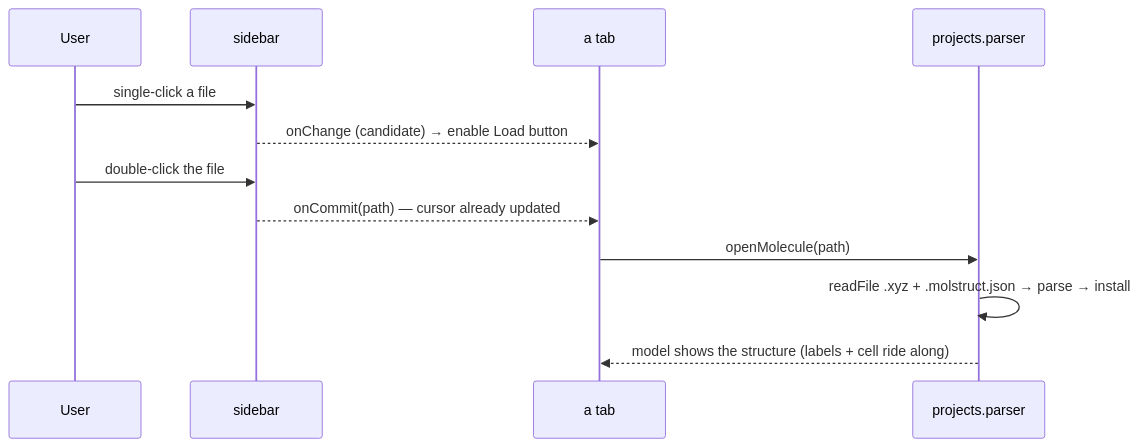
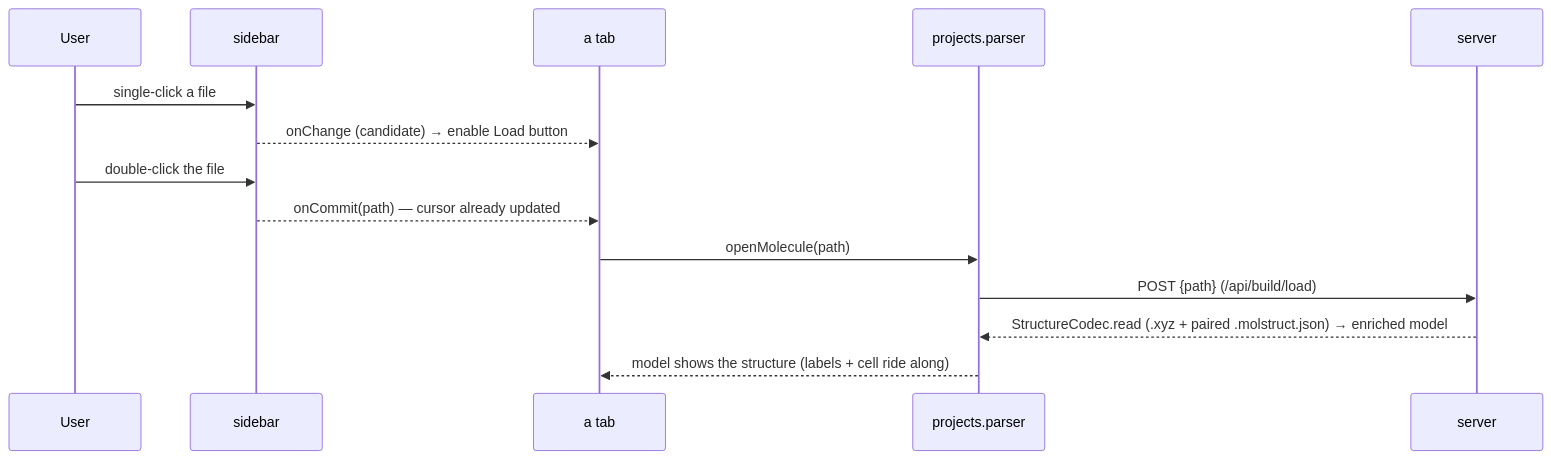
One commit to Qing-LAB/molbuilder changed the third of 10 diagrams in docs/protocols/projects-sidebar.md. Above: the diagram before and after it, drawn with Mermaid. The commit also changed other lines of this file and 8 other files, not shown here.

````diff
--- a/docs/protocols/projects-sidebar.md
+++ b/docs/protocols/projects-sidebar.md
@@ -89,14 +89,16 @@
 ```mermaid
 sequenceDiagram
   participant U as User
   participant SB as sidebar
   participant T as a tab
   participant P as projects.parser
+  participant Sv as server
   U->>SB: single-click a file
   SB-->>T: onChange (candidate) → enable Load button
   U->>SB: double-click the file
   SB-->>T: onCommit(path)  — cursor already updated
   T->>P: openMolecule(path)
-  P->>P: readFile .xyz + .molstruct.json → parse → install
+  P->>Sv: POST {path} (/api/build/load)
+  Sv-->>P: StructureCodec.read (.xyz + paired .molstruct.json) → enriched model
   P-->>T: model shows the structure (labels + cell ride along)
 ```
````
